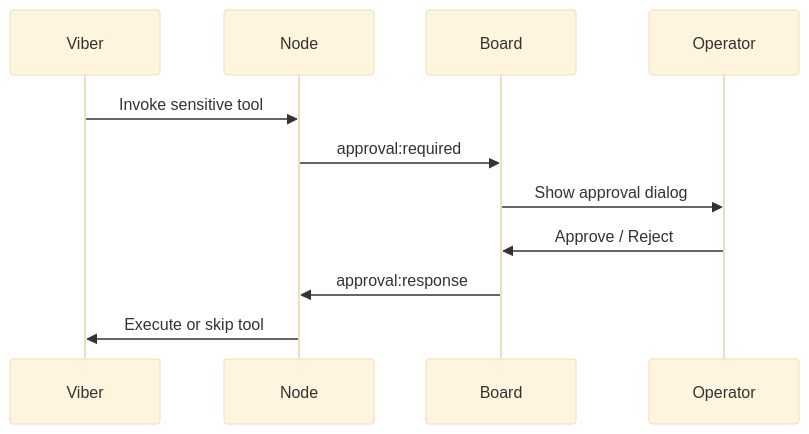
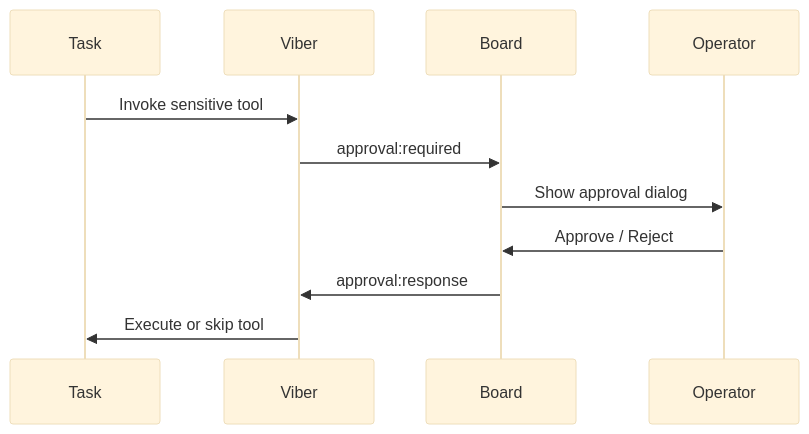
One commit to dustland/openviber changed the second of 2 diagrams in docs/design/security.md. Above: the diagram before and after it, drawn with Mermaid (base theme). The commit also changed other lines of this file and 16 other files, not shown here.

````diff
--- a/docs/design/security.md
+++ b/docs/design/security.md
@@ -166,14 +166,14 @@
 ```mermaid
 sequenceDiagram
+    participant T as Task
     participant V as Viber
-    participant N as Node
     participant B as Board
     participant O as Operator
 
-    V->>N: Invoke sensitive tool
-    N->>B: approval:required
+    T->>V: Invoke sensitive tool
+    V->>B: approval:required
     B->>O: Show approval dialog
     O->>B: Approve / Reject
-    B->>N: approval:response
-    N->>V: Execute or skip tool
+    B->>V: approval:response
+    V->>T: Execute or skip tool
 ```
````
